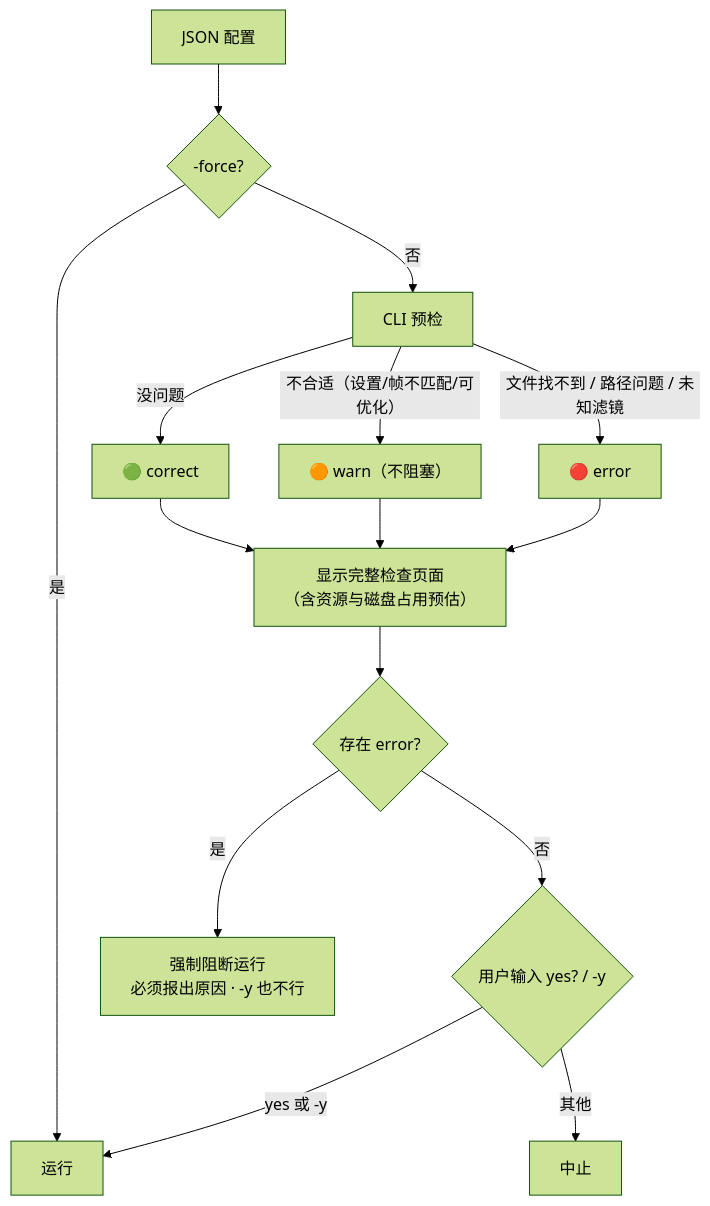
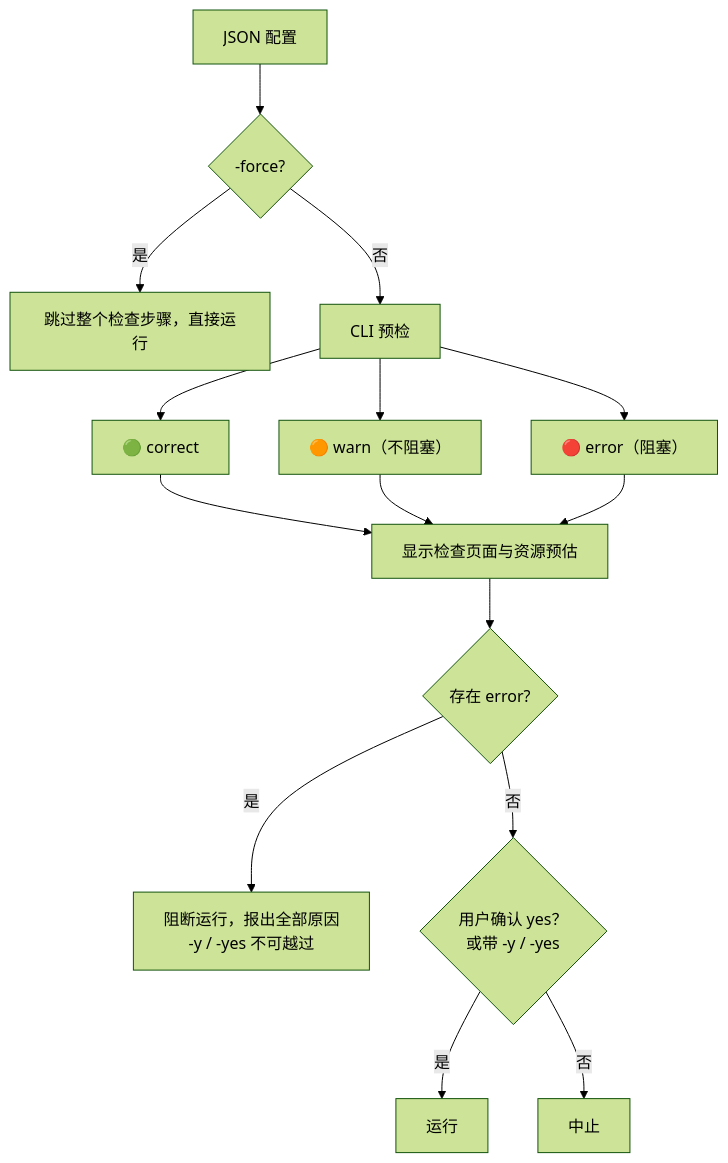
The fifth of 11 diagrams in ASTROCS_DESIGN.md (fujiaze/Astro-CS-Database), drawn with Mermaid (forest theme) before and after one commit. The commit also changed other lines of this file and 4 other files, not shown here.

````diff
--- a/ASTROCS_DESIGN.md
+++ b/ASTROCS_DESIGN.md
@@ -349,15 +250,16 @@
 ```mermaid
 flowchart TD
-    J["JSON 配置"] --> FORCE{"-force?"}
-    FORCE -->|是| RUN
-    FORCE -->|否| CHK["CLI 预检"]
-    CHK -->|没问题| G["🟢 correct"]
-    CHK -->|不合适（设置/帧不匹配/可优化）| O["🟠 warn（不阻塞）"]
-    CHK -->|文件找不到 / 路径问题 / 未知滤镜| R["🔴 error"]
-    G & O & R --> PAGE["显示完整检查页面<br/>（含资源与磁盘占用预估）"]
-    PAGE --> YES{"存在 error?"}
-    YES -->|是| BLOCK["强制阻断运行<br/>必须报出原因 · -y 也不行"]
-    YES -->|否| CONFIRM{"用户输入 yes? / -y"}
-    CONFIRM -->|yes 或 -y| RUN["运行"]
-    CONFIRM -->|其他| ABORT["中止"]
+    J["JSON 配置"] --> F{"-force?"}
+    F -->|是| RUN["跳过整个检查步骤，直接运行"]
+    F -->|否| CHK["CLI 预检"]
+    CHK --> G["🟢 correct"]
+    CHK --> O["🟠 warn（不阻塞）"]
+    CHK --> R["🔴 error（阻塞）"]
+    G & O --> PAGE["显示检查页面与资源预估"]
+    R --> PAGE
+    PAGE --> E{"存在 error?"}
+    E -->|是| BLOCK["阻断运行，报出全部原因<br/>-y / -yes 不可越过"]
+    E -->|否| C{"用户确认 yes？<br/>或带 -y / -yes"}
+    C -->|是| RUN2["运行"]
+    C -->|否| ABORT["中止"]
 ```
````
